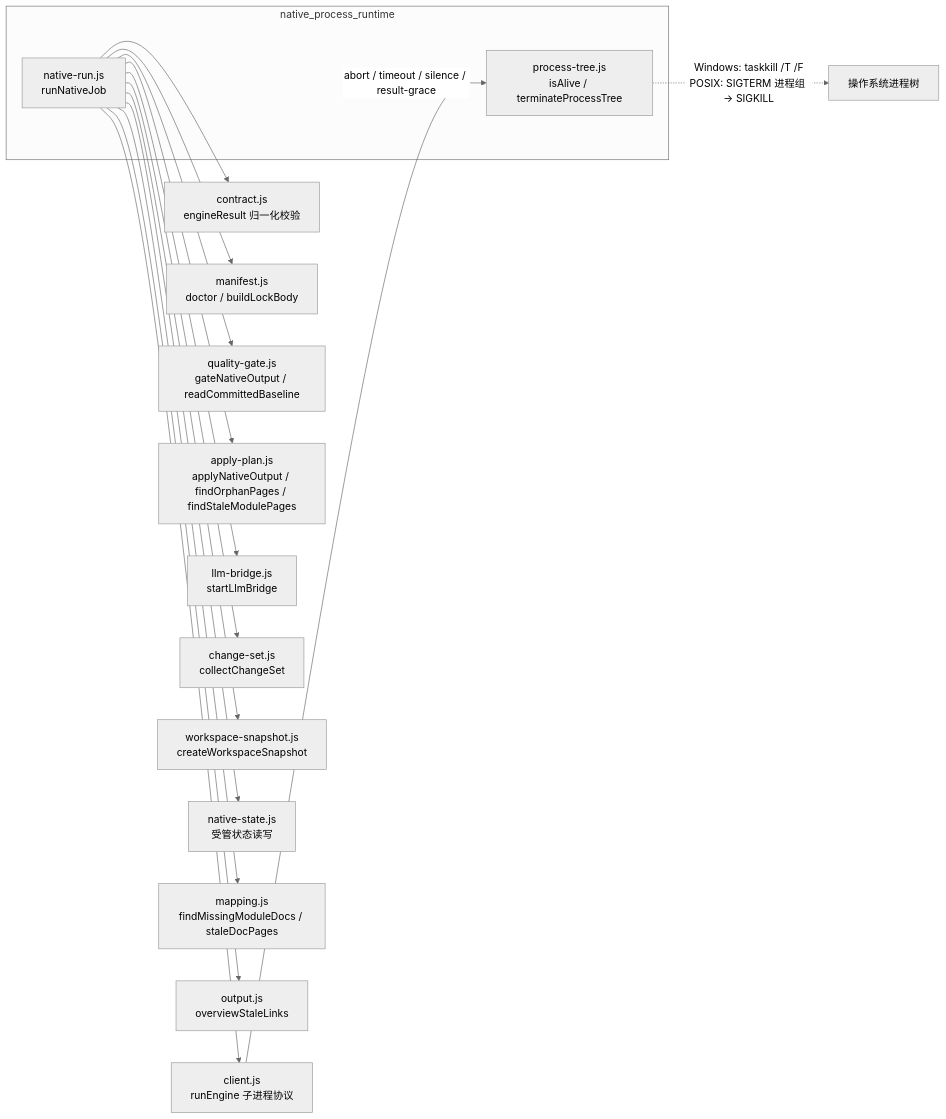
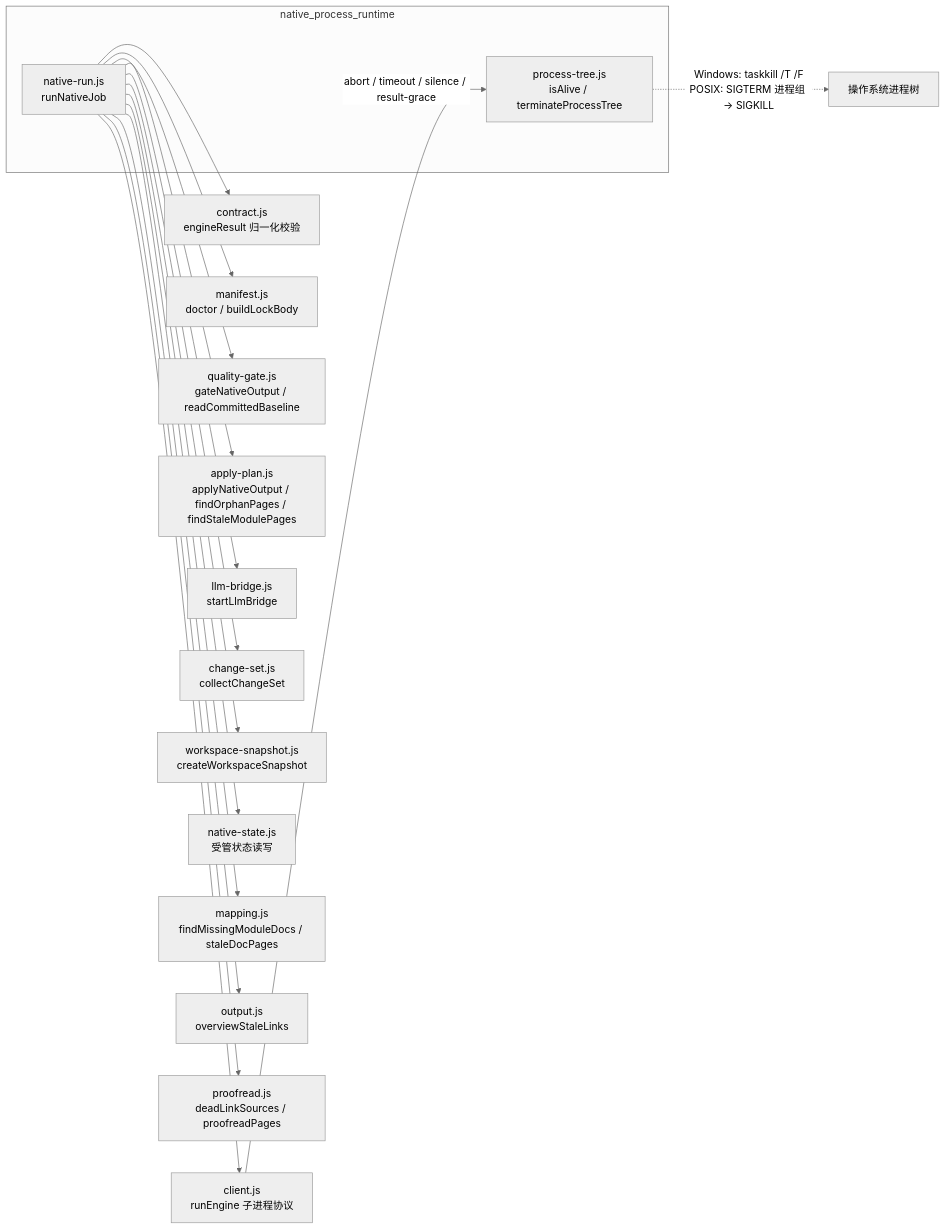
One commit to ikliml666/dsh-codewiki changed the second of 3 diagrams in .codewiki/modules/native-process-runtime.md. Above: the diagram before and after it, drawn with Mermaid (neutral theme). The commit also changed other lines of this file and 24 other files, not shown here.

````diff
--- a/.codewiki/modules/native-process-runtime.md
+++ b/.codewiki/modules/native-process-runtime.md
@@ -65,22 +72,23 @@
 ```mermaid
 flowchart LR
     subgraph 当前模块["native_process_runtime"]
         NR["native-run.js<br/>runNativeJob"]
         PT["process-tree.js<br/>isAlive / terminateProcessTree"]
     end
 
     NR --> CT["contract.js<br/>engineResult 归一化校验"]
     NR --> CL["client.js<br/>runEngine 子进程协议"]
     NR --> MF["manifest.js<br/>doctor / buildLockBody"]
     NR --> QG["quality-gate.js<br/>gateNativeOutput / readCommittedBaseline"]
     NR --> AP["apply-plan.js<br/>applyNativeOutput / findOrphanPages / findStaleModulePages"]
     NR --> LB["llm-bridge.js<br/>startLlmBridge"]
     NR --> CS["change-set.js<br/>collectChangeSet"]
     NR --> WS["workspace-snapshot.js<br/>createWorkspaceSnapshot"]
     NR --> NS["native-state.js<br/>受管状态读写"]
     NR --> MP["mapping.js<br/>findMissingModuleDocs / staleDocPages"]
     NR --> OP["output.js<br/>overviewStaleLinks"]
+    NR --> PR2["proofread.js<br/>deadLinkSources / proofreadPages"]
 
     CL -->|"abort / timeout / silence / result-grace"| PT
     PT -.->|"Windows: taskkill /T /F<br/>POSIX: SIGTERM 进程组 → SIGKILL"| OS["操作系统进程树"]
 ```
````
